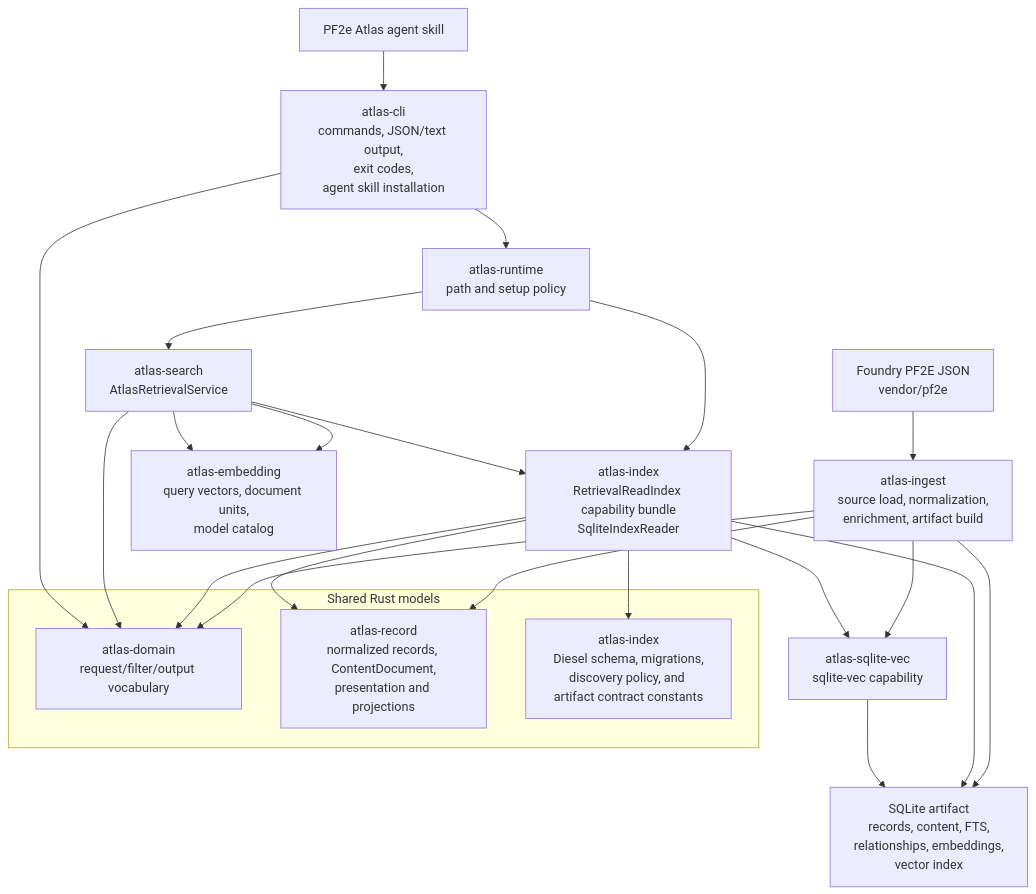
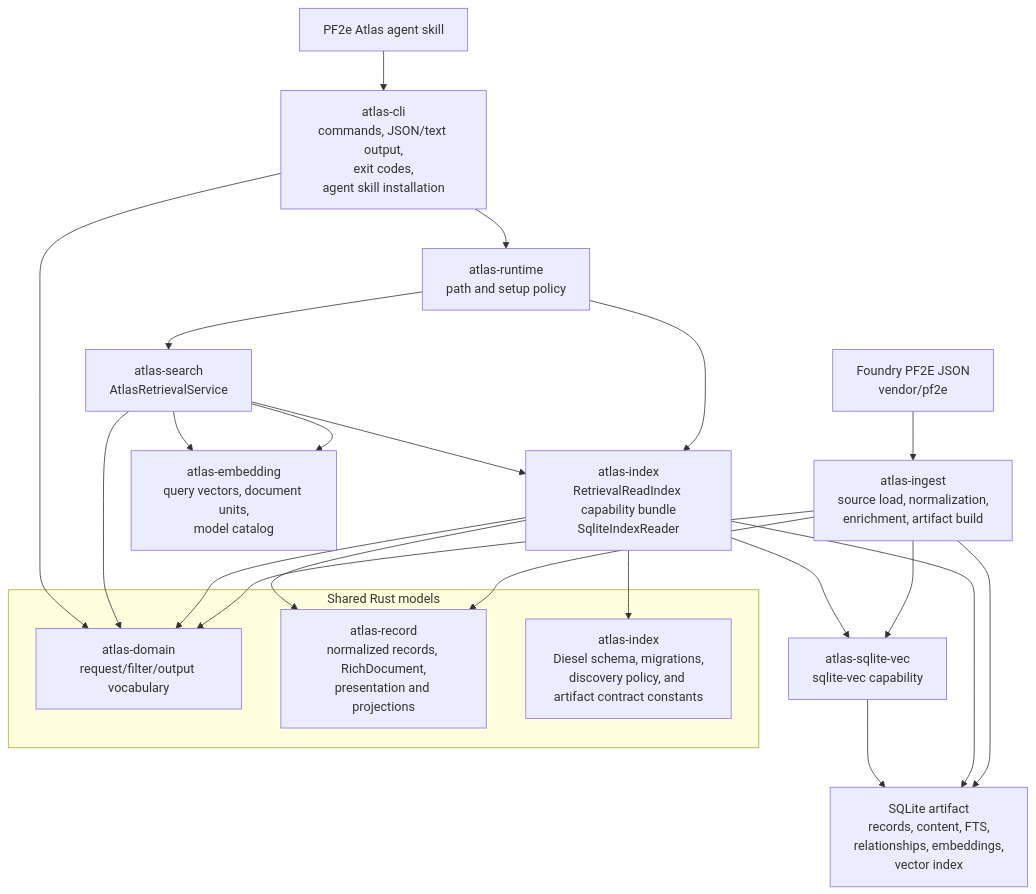
One commit to e-kosten/pf2e-atlas changed the first of 4 diagrams in docs/architecture/runtime.md. Above: the diagram before and after it, drawn with Mermaid. The commit also changed other lines of this file and 67 other files, not shown here.

Commit message:
feat: migrate rich content document model

````diff
--- a/docs/architecture/runtime.md
+++ b/docs/architecture/runtime.md
@@ -9,32 +9,32 @@
 ```mermaid
 flowchart TD
     source["Foundry PF2E JSON<br/>vendor/pf2e"] --> ingest["atlas-ingest<br/>source load, normalization,<br/>enrichment, artifact build"]
     ingest --> artifact["SQLite artifact<br/>records, content, FTS,<br/>relationships, embeddings,<br/>vector index"]
 
     skill["PF2e Atlas agent skill"] --> cli["atlas-cli<br/>commands, JSON/text output,<br/>exit codes,<br/>agent skill installation"]
     cli --> runtime["atlas-runtime<br/>path and setup policy"]
     runtime --> search["atlas-search<br/>AtlasRetrievalService"]
     runtime --> index["atlas-index<br/>RetrievalReadIndex capability bundle<br/>SqliteIndexReader"]
 
     search --> index
     search --> embedding["atlas-embedding<br/>query vectors, document units,<br/>model catalog"]
     index --> artifact
     ingest --> sqliteVec["atlas-sqlite-vec<br/>sqlite-vec capability"]
     index --> sqliteVec
     sqliteVec --> artifact
 
     subgraph SharedRustModels["Shared Rust models"]
       domain["atlas-domain<br/>request/filter/output vocabulary"]
-      record["atlas-record<br/>normalized records, ContentDocument,<br/>presentation and projections"]
+      record["atlas-record<br/>normalized records, RichDocument,<br/>presentation and projections"]
       artifactSchema["atlas-index<br/>Diesel schema, migrations,<br/>discovery policy, and artifact contract constants"]
     end
 
     ingest --> domain
     ingest --> record
     index --> domain
     index --> record
     index --> artifactSchema
     search --> domain
     search --> embedding
     cli --> domain
 ```
````
